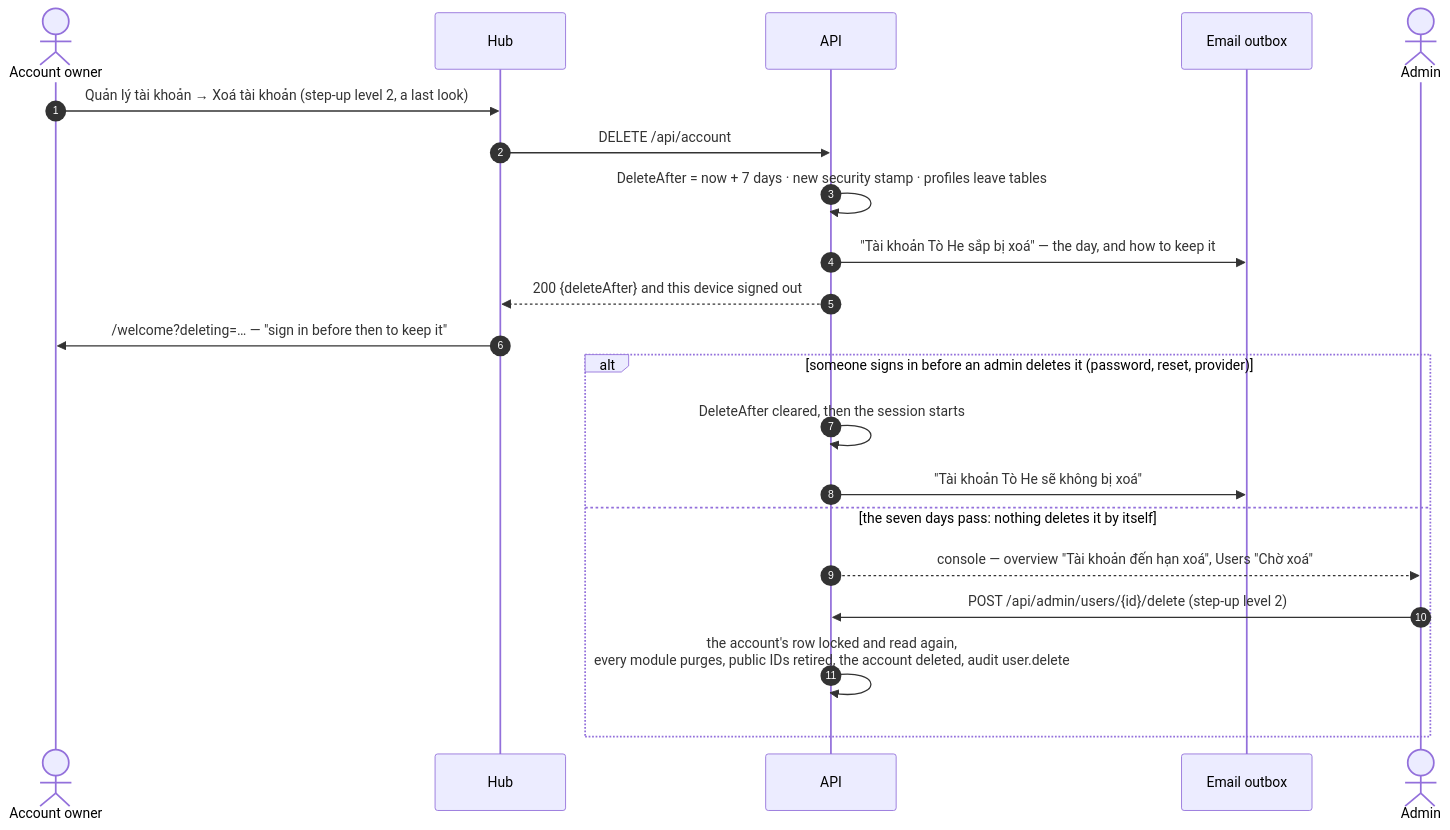
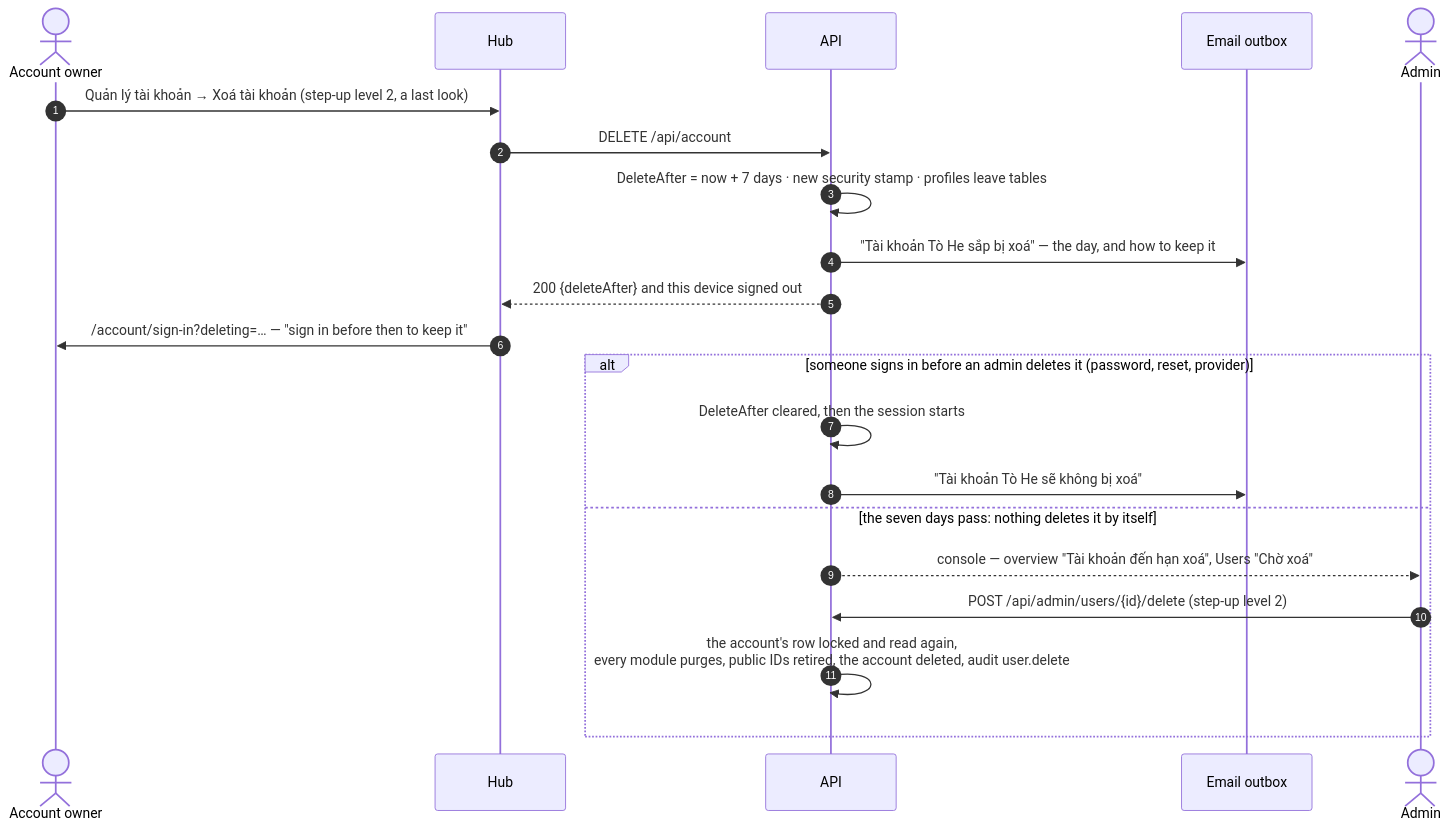
Diagram 13 of 13 in docs/architecture/identity.md (vinh466/tohe-play), drawn with Mermaid before and after one commit. The commit also changed other lines of this file and 57 other files, not shown here.

````diff
--- a/docs/architecture/identity.md
+++ b/docs/architecture/identity.md
@@ -493,23 +493,23 @@
 ```mermaid
 sequenceDiagram
   autonumber
   actor U as Account owner
   participant H as Hub
   participant API
   participant M as Email outbox
   actor A as Admin
   U->>H: Quản lý tài khoản → Xoá tài khoản (step-up level 2, a last look)
   H->>API: DELETE /api/account
   API->>API: DeleteAfter = now + 7 days · new security stamp · profiles leave tables
   API->>M: "Tài khoản Tò He sắp bị xoá" — the day, and how to keep it
   API-->>H: 200 {deleteAfter} and this device signed out
-  H->>U: /welcome?deleting=… — "sign in before then to keep it"
+  H->>U: /account/sign-in?deleting=… — "sign in before then to keep it"
   alt someone signs in before an admin deletes it (password, reset, provider)
     API->>API: DeleteAfter cleared, then the session starts
     API->>M: "Tài khoản Tò He sẽ không bị xoá"
   else the seven days pass: nothing deletes it by itself
     API-->>A: console — overview "Tài khoản đến hạn xoá", Users "Chờ xoá"
     A->>API: POST /api/admin/users/{id}/delete (step-up level 2)
     API->>API: the account's row locked and read again,<br/>every module purges, public IDs retired, the account deleted, audit user.delete
   end
 ```
````
